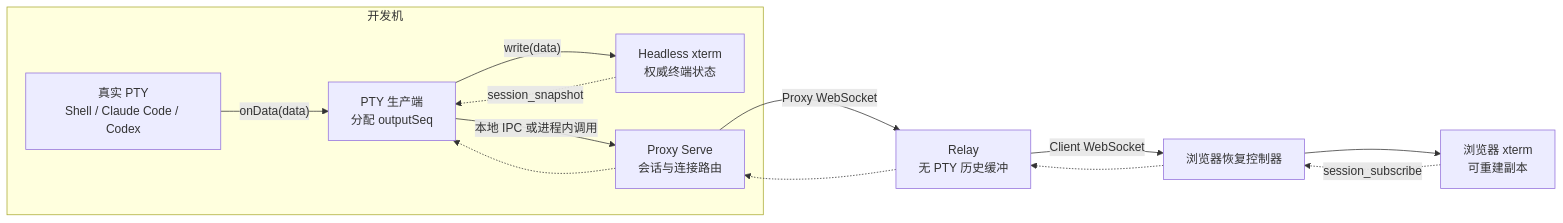
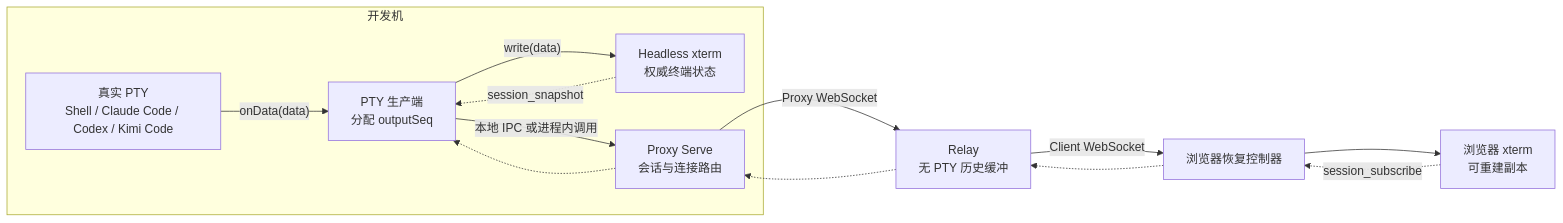
One commit to lichenxicatapple-blip/dev-anywhere changed the first of 5 diagrams in docs/PTY-NETWORK-SYNC.md. Above: the diagram before and after it, drawn with Mermaid. The commit also changed other lines of this file and 114 other files, not shown here.

Commit message:
feat: add Kimi Code and offline device removal

````diff
--- a/docs/PTY-NETWORK-SYNC.md
+++ b/docs/PTY-NETWORK-SYNC.md
@@ -25,23 +25,23 @@
 ```mermaid
 flowchart LR
   subgraph Device["开发机"]
-    PTY["真实 PTY<br/>Shell / Claude Code / Codex"]
+    PTY["真实 PTY<br/>Shell / Claude Code / Codex / Kimi Code"]
     Producer["PTY 生产端<br/>分配 outputSeq"]
     Headless["Headless xterm<br/>权威终端状态"]
     Serve["Proxy Serve<br/>会话与连接路由"]
 
     PTY -->|"onData(data)"| Producer
     Producer -->|"write(data)"| Headless
     Producer -->|"本地 IPC 或进程内调用"| Serve
   end
 
   Serve -->|"Proxy WebSocket"| Relay["Relay<br/>无 PTY 历史缓冲"]
   Relay -->|"Client WebSocket"| Recovery["浏览器恢复控制器"]
   Recovery --> BrowserXterm["浏览器 xterm<br/>可重建副本"]
 
   BrowserXterm -.->|"session_subscribe"| Recovery
   Recovery -.-> Relay
   Relay -.-> Serve
   Serve -.-> Producer
   Headless -.->|"session_snapshot"| Producer
 ```
````
